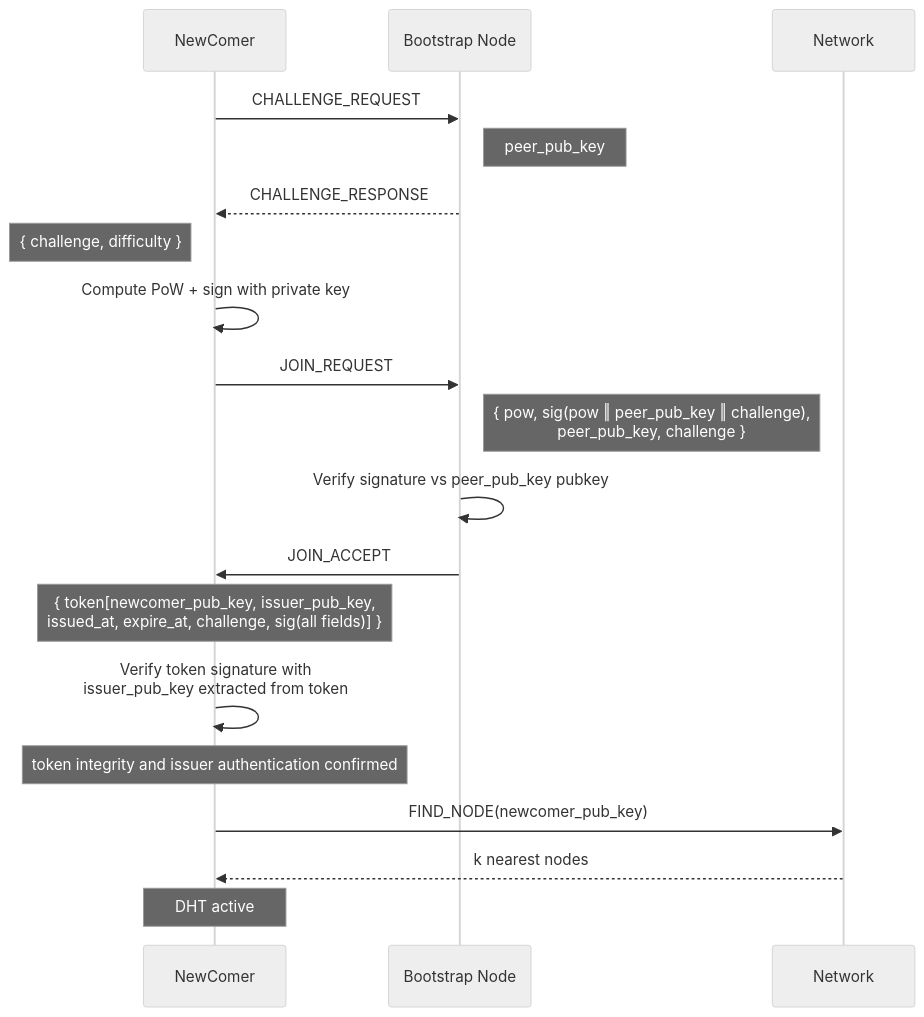
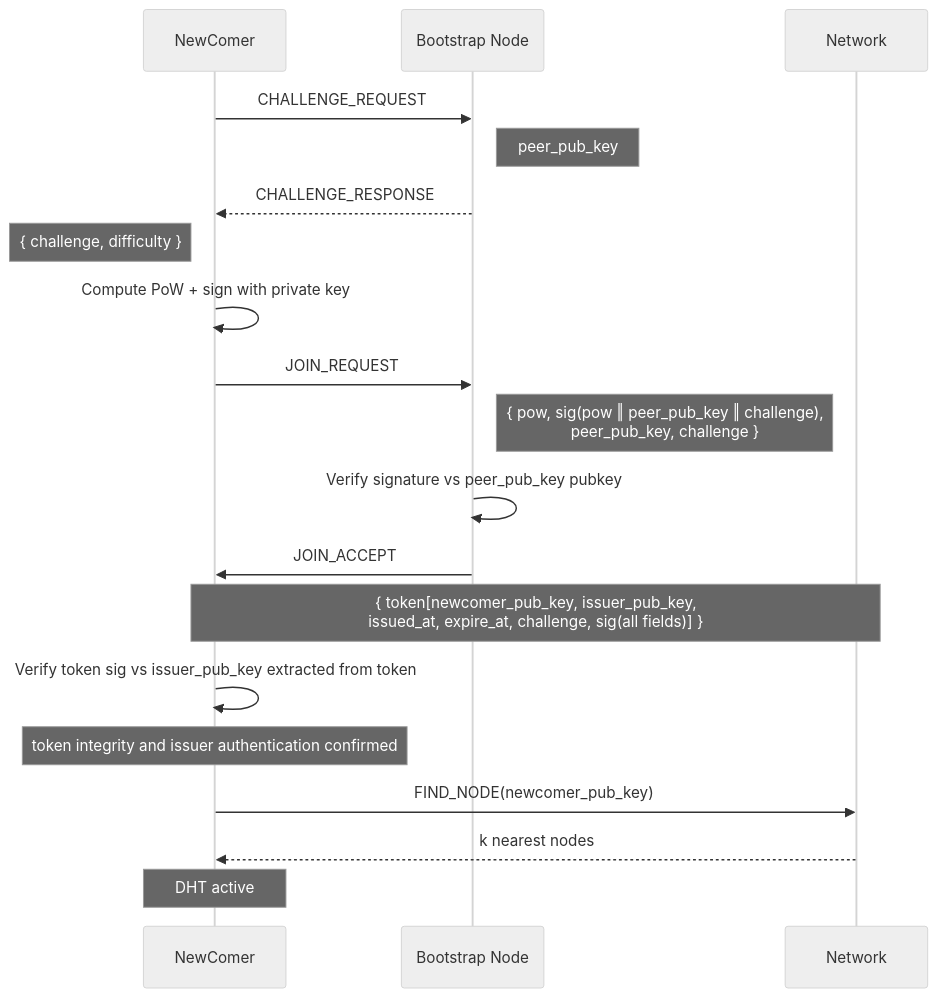
One commit to OnlyCavas/thesis changed the diagram in Org/diagrams/kad.mmd. Above: the diagram before and after it, drawn with Mermaid (neutral theme). The commit also changed 25 other files, not shown here.

Commit message:
chore(structure): fix diagrams and add arch section

```diff
--- a/Org/diagrams/kad.mmd
+++ b/Org/diagrams/kad.mmd
@@ -1,28 +1,28 @@
 sequenceDiagram
     participant P as NewComer
     participant B as Bootstrap Node
     participant N as Network
 
     P ->> B: CHALLENGE_REQUEST
     note right of B: peer_pub_key
 
     B -->> P: CHALLENGE_RESPONSE
     note left of P: { challenge, difficulty }
 
     P ->> P: Compute PoW + sign with private key
 
     P ->> B: JOIN_REQUEST
     note right of B: { pow, sig(pow ‖ peer_pub_key ‖ challenge),<br/>peer_pub_key, challenge }
 
     B ->> B: Verify signature vs peer_pub_key pubkey
 
     B ->> P: JOIN_ACCEPT
-    note over P: { token[newcomer_pub_key, issuer_pub_key,<br/>issued_at, expire_at, challenge, sig(all fields)] }
+    note over P,N: { token[newcomer_pub_key, issuer_pub_key,<br/>issued_at, expire_at, challenge, sig(all fields)] }
 
-    P ->> P: Verify token signature with<br/> issuer_pub_key extracted from token
+    P ->> P: Verify token sig vs issuer_pub_key extracted from token
     note over P: token integrity and issuer authentication confirmed
 
     P ->> N: FIND_NODE(newcomer_pub_key)
     N -->> P: k nearest nodes
 
     note over P: DHT active
```
